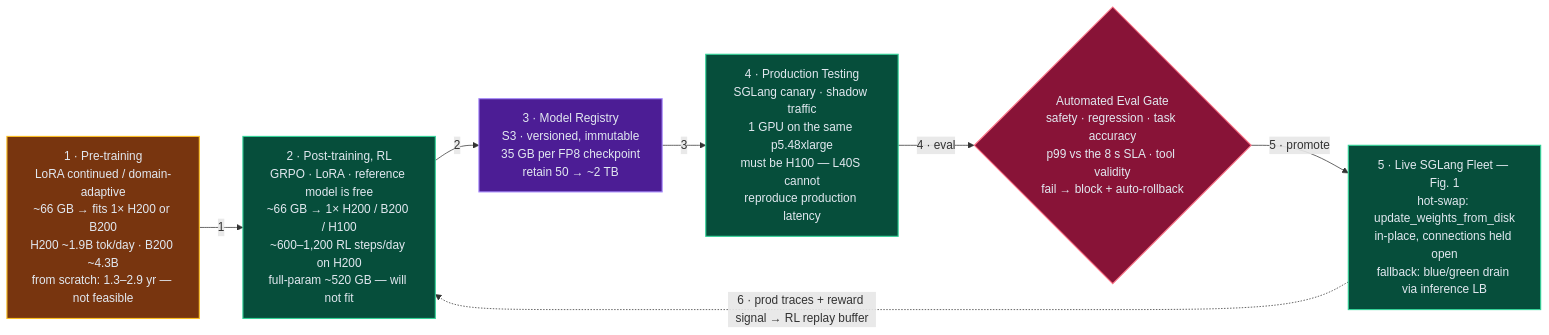
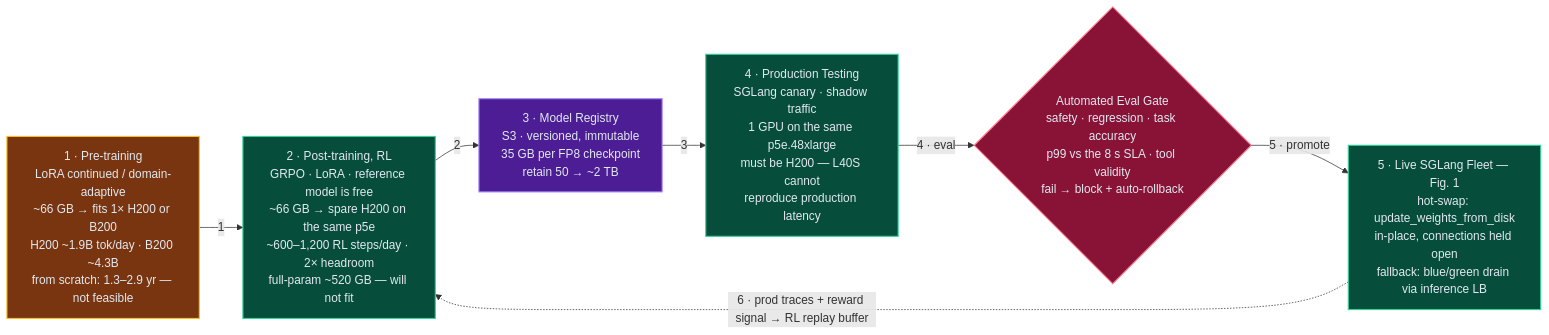
The second of 3 diagrams in deployment-architecture.md (AstronAgent/sys-estimation), drawn with Mermaid before and after one commit. The commit also changed other lines of this file and 9 other files, not shown here.

First line of the commit message:
docs: update deployment architecture and system requirements for Qwen3.6-35B-A3B platform

````diff
--- a/deployment-architecture.md
+++ b/deployment-architecture.md
@@ -117,26 +121,26 @@
 ```mermaid
 flowchart LR
     pre["1 · Pre-training<br/>LoRA continued / domain-adaptive<br/>~66 GB → fits 1× H200 or B200<br/>H200 ~1.9B tok/day · B200 ~4.3B<br/>from scratch: 1.3–2.9 yr — not feasible"]
-    rl["2 · Post-training, RL<br/>GRPO · LoRA · reference model is free<br/>~66 GB → 1× H200 / B200 / H100<br/>~600–1,200 RL steps/day on H200<br/>full-param ~520 GB — will not fit"]
+    rl["2 · Post-training, RL<br/>GRPO · LoRA · reference model is free<br/>~66 GB → spare H200 on the same p5e<br/>~600–1,200 RL steps/day · 2× headroom<br/>full-param ~520 GB — will not fit"]
     reg["3 · Model Registry<br/>S3 · versioned, immutable<br/>35 GB per FP8 checkpoint<br/>retain 50 → ~2 TB"]
-    test["4 · Production Testing<br/>SGLang canary · shadow traffic<br/>1 GPU on the same p5.48xlarge<br/>must be H100 — L40S cannot<br/>reproduce production latency"]
+    test["4 · Production Testing<br/>SGLang canary · shadow traffic<br/>1 GPU on the same p5e.48xlarge<br/>must be H200 — L40S cannot<br/>reproduce production latency"]
     gate{"Automated Eval Gate<br/>safety · regression · task accuracy<br/>p99 vs the 8 s SLA · tool validity<br/>fail → block + auto-rollback"}
     live["5 · Live SGLang Fleet — Fig. 1<br/>hot-swap: update_weights_from_disk<br/>in-place, connections held open<br/>fallback: blue/green drain via inference LB"]
 
     pre -->|"1"| rl
     rl -->|"2"| reg
     reg -->|"3"| test
     test -->|"4 · eval"| gate
     gate -->|"5 · promote"| live
     live -.->|"6 · prod traces + reward signal → RL replay buffer"| rl
 
     classDef svc fill:#064e3b,stroke:#34d399,stroke-width:1.5px,color:#e2e8f0
     classDef db fill:#4c1d95,stroke:#a78bfa,stroke-width:1.5px,color:#e2e8f0
     classDef lb fill:#78350f,stroke:#fbbf24,stroke-width:1.5px,color:#e2e8f0
     classDef sec fill:#881337,stroke:#fb7185,stroke-width:1.5px,color:#e2e8f0
 
     class pre lb
     class rl,test,live svc
     class reg db
     class gate sec
 ```
````
